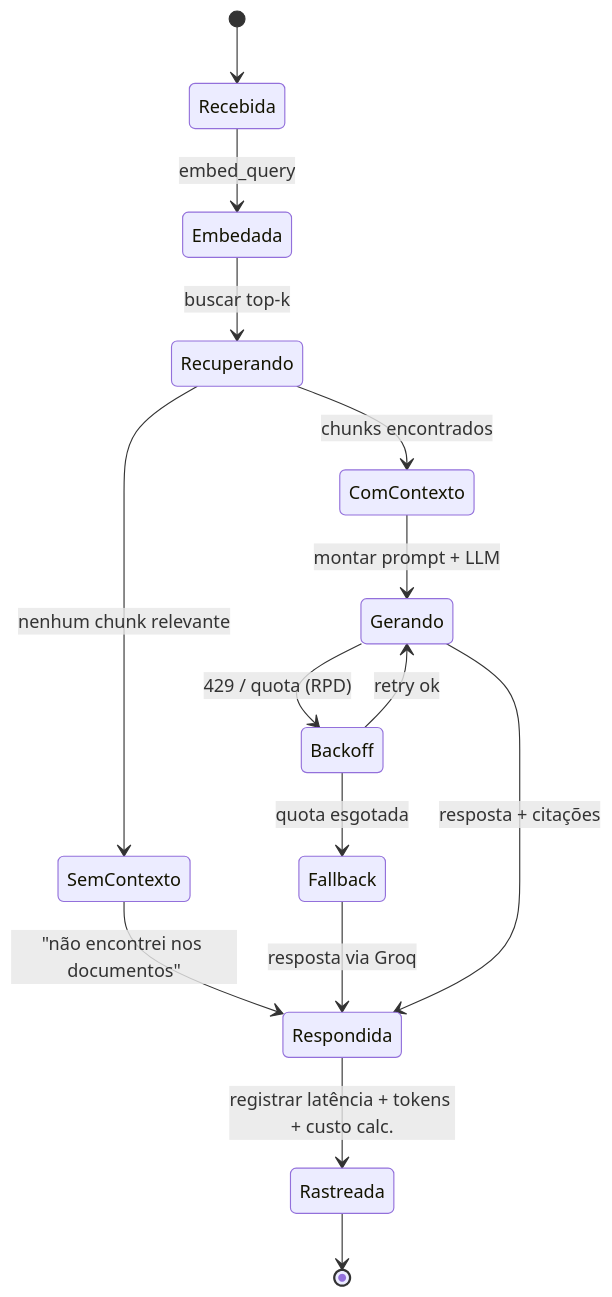
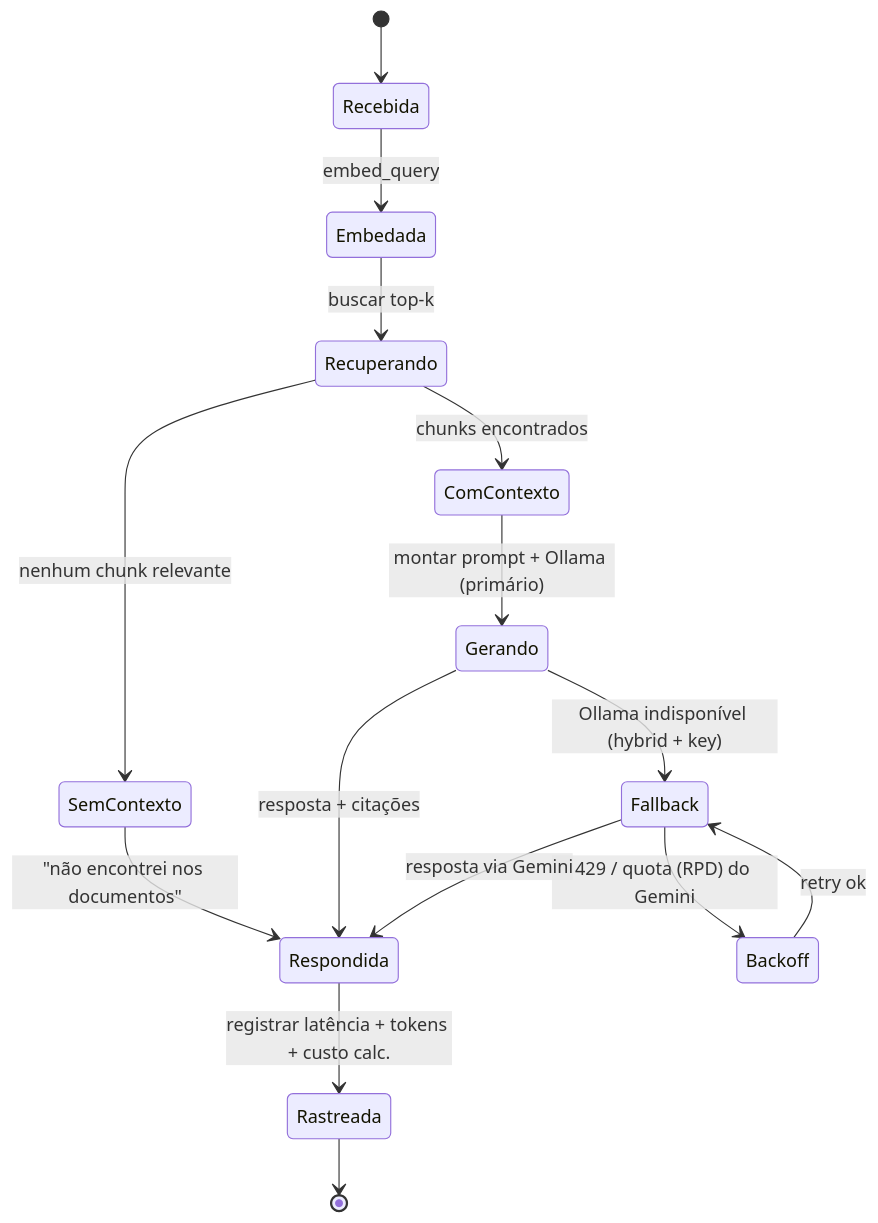
Before and after one commit to mathfrancisco/Personal-RAG-Assistant: the eighth of 11 diagrams in docs/DIAGRAMS.md, drawn with Mermaid. The commit also changed other lines of this file and 26 other files, not shown here.

First line of the commit message:
feat(phase-0): scaffold + local-first strategy (Ollama primary, Gemini fallback)

````diff
--- a/docs/DIAGRAMS.md
+++ b/docs/DIAGRAMS.md
@@ -333,17 +330,17 @@
 ```mermaid
 stateDiagram-v2
     [*] --> Recebida
     Recebida --> Embedada: embed_query
     Embedada --> Recuperando: buscar top-k
     Recuperando --> SemContexto: nenhum chunk relevante
     Recuperando --> ComContexto: chunks encontrados
     SemContexto --> Respondida: "não encontrei nos documentos"
-    ComContexto --> Gerando: montar prompt + LLM
-    Gerando --> Backoff: 429 / quota (RPD)
-    Backoff --> Gerando: retry ok
-    Backoff --> Fallback: quota esgotada
-    Fallback --> Respondida: resposta via Groq
+    ComContexto --> Gerando: montar prompt + Ollama (primário)
     Gerando --> Respondida: resposta + citações
+    Gerando --> Fallback: Ollama indisponível (hybrid + key)
+    Fallback --> Backoff: 429 / quota (RPD) do Gemini
+    Backoff --> Fallback: retry ok
+    Fallback --> Respondida: resposta via Gemini
     Respondida --> Rastreada: registrar latência + tokens + custo calc.
     Rastreada --> [*]
 ```
````
